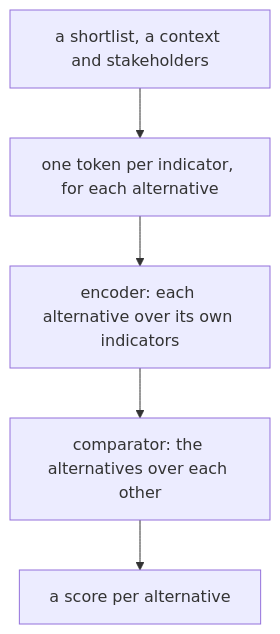
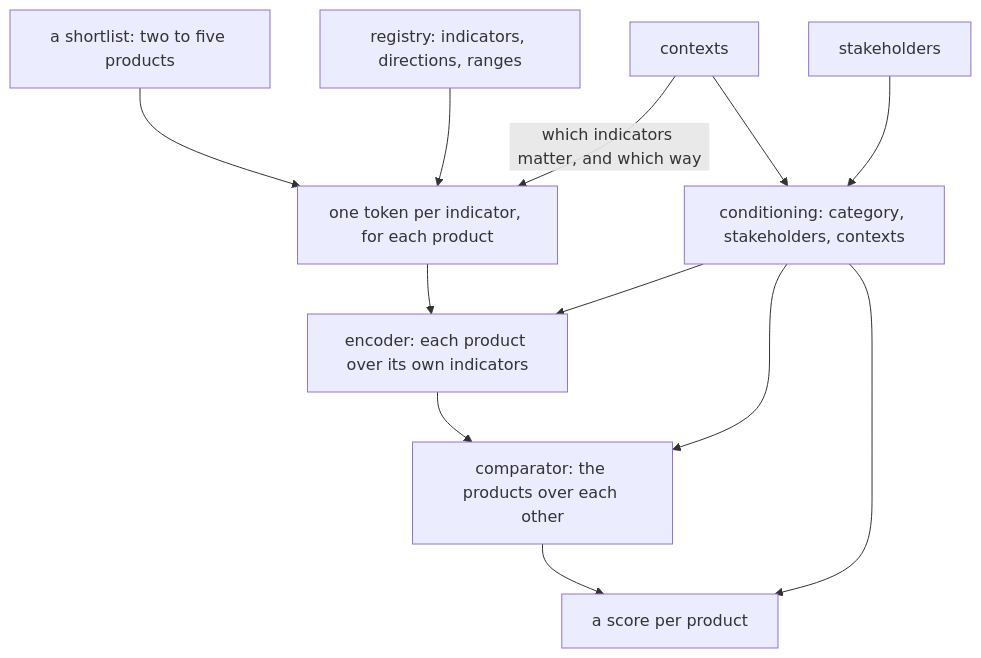
Before and after one commit to eirasroger/context-adaptive-product-recommender: the diagram in README.md, drawn with Mermaid. The commit also changed other lines of this file and 12 other files, not shown here.

````diff
--- a/README.md
+++ b/README.md
@@ -30,9 +30,21 @@
 ```mermaid
 flowchart TD
-  IN["a shortlist, a context and stakeholders"]
-  TOK["one token per indicator, for each alternative"]
-  ENC["encoder: each alternative over its own indicators"]
-  CMP["comparator: the alternatives over each other"]
-  OUT["a score per alternative"]
-  IN --> TOK --> ENC --> CMP --> OUT
+  IN["a shortlist: two to five products"]
+  REG["registry: indicators, directions, ranges"]
+  CTX["contexts"]
+  STK["stakeholders"]
+  TOK["one token per indicator, for each product"]
+  COND["conditioning: category, stakeholders, contexts"]
+  ENC["encoder: each product over its own indicators"]
+  CMP["comparator: the products over each other"]
+  OUT["a score per product"]
+  IN --> TOK
+  REG --> TOK
+  CTX -- "which indicators matter, and which way" --> TOK
+  CTX --> COND
+  STK --> COND
+  TOK --> ENC --> CMP --> OUT
+  COND --> ENC
+  COND --> CMP
+  COND --> OUT
 ```
````
